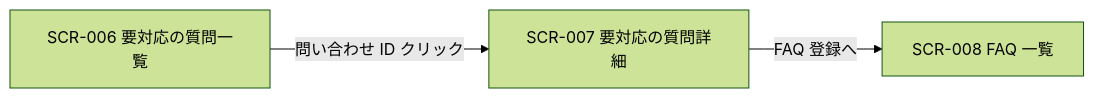
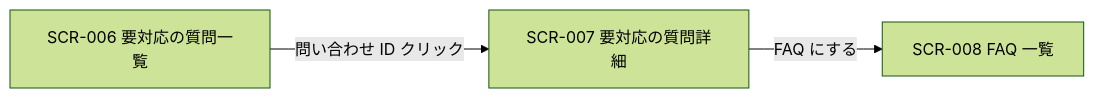
Before and after one commit to sikakou54/open-faq: the diagram in 02_basic_design/01_frontend/01_screens/SCR-007.md, drawn with Mermaid (forest theme). The commit also changed other lines of this file and 162 other files, not shown here.

````diff
--- a/02_basic_design/01_frontend/01_screens/SCR-007.md
+++ b/02_basic_design/01_frontend/01_screens/SCR-007.md
@@ -29,8 +21,8 @@
 ```mermaid
 flowchart LR
   S0["SCR-006 要対応の質問一覧"]
   S1["SCR-007 要対応の質問詳細"]
   S6["SCR-008 FAQ 一覧"]
   S0 -->|問い合わせ ID クリック| S1
-  S1 -->|FAQ 登録へ| S6
+  S1 -->|FAQ にする| S6
 ```
````
